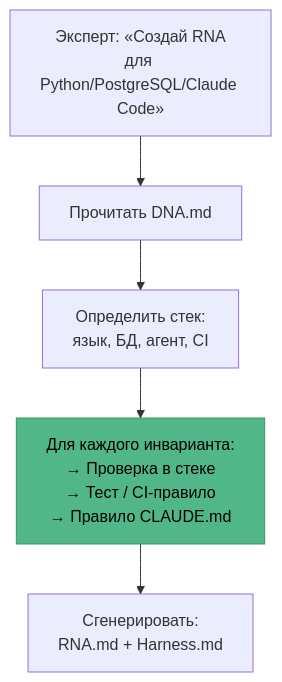
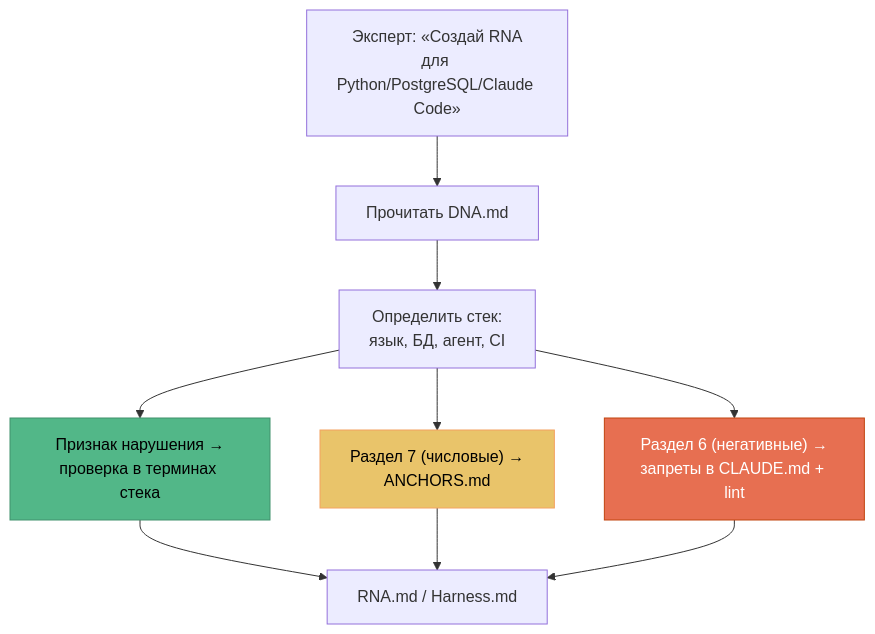
Before and after one commit to SizovOleg/project-dna: the sixth of 8 diagrams in docs/modes-ru.md, drawn with Mermaid. The commit also changed other lines of this file and 9 other files, not shown here.

````diff
--- a/docs/modes-ru.md
+++ b/docs/modes-ru.md
@@ -221,14 +303,19 @@
 ```mermaid
 flowchart TD
     START["Эксперт: «Создай RNA<br/>для Python/PostgreSQL/Claude Code»"]
-    
-    START --> READ_DNA["Прочитать DNA.md"]
-    
-    READ_DNA --> STACK["Определить стек:<br/>язык, БД, агент, CI"]
-    
-    STACK --> TRANSLATE["Для каждого инварианта:<br/>→ Проверка в стеке<br/>→ Тест / CI-правило<br/>→ Правило CLAUDE.md"]
-    
-    TRANSLATE --> GENERATE["Сгенерировать:<br/>RNA.md + Harness.md"]
 
-    style TRANSLATE fill:#52b788,stroke:#40916c,color:#000
+    START --> READ["Прочитать DNA.md"]
+    READ --> STACK["Определить стек:<br/>язык, БД, агент, CI"]
+
+    STACK --> T1["Признак нарушения →<br/>проверка в терминах стека"]
+    STACK --> T2["Раздел 7 (числовые) →<br/>ANCHORS.md"]
+    STACK --> T3["Раздел 6 (негативные) →<br/>запреты в CLAUDE.md + lint"]
+
+    T1 --> GEN["RNA.md / Harness.md"]
+    T2 --> GEN
+    T3 --> GEN
+
+    style T1 fill:#52b788,stroke:#40916c,color:#000
+    style T2 fill:#e9c46a,stroke:#f4a261,color:#000
+    style T3 fill:#e76f51,stroke:#c1440e,color:#fff
 ```
````
